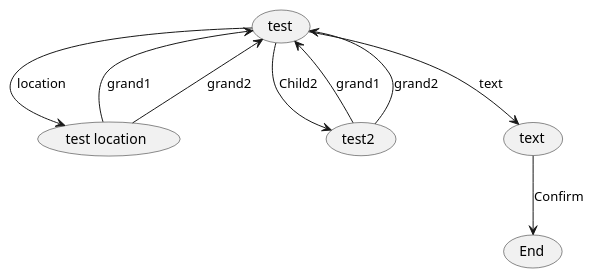
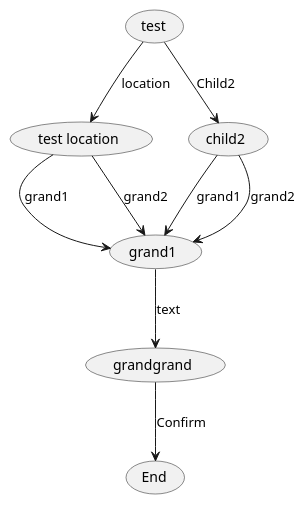
One commit to JunDamin/telegram_bot_with_django changed the diagram in telegram_bot/diagrams/conversation_tree.wsd. Above: the diagram before and after it, drawn with PlantUML. The commit also changed 5 other files, not shown here.

```diff
--- a/telegram_bot/diagrams/conversation_tree.wsd
+++ b/telegram_bot/diagrams/conversation_tree.wsd
@@ -1,12 +1,12 @@
 @startuml
 'default
 top to bottom direction
 (test) --> (test location): location
-(test) --> (test2): Child2
-(test location) --> (test): grand1
-(test location) --> (test): grand2
-(test) --> (text): text
-(text) --> (End): Confirm
-(test2) --> (test): grand1
-(test2) --> (test): grand2
+(test) --> (child2): Child2
+(test location) --> (grand1): grand1
+(test location) --> (grand1): grand2
+(grand1) --> (grandgrand): text
+(grandgrand) --> (End): Confirm
+(child2) --> (grand1): grand1
+(child2) --> (grand1): grand2
 @enduml
```
